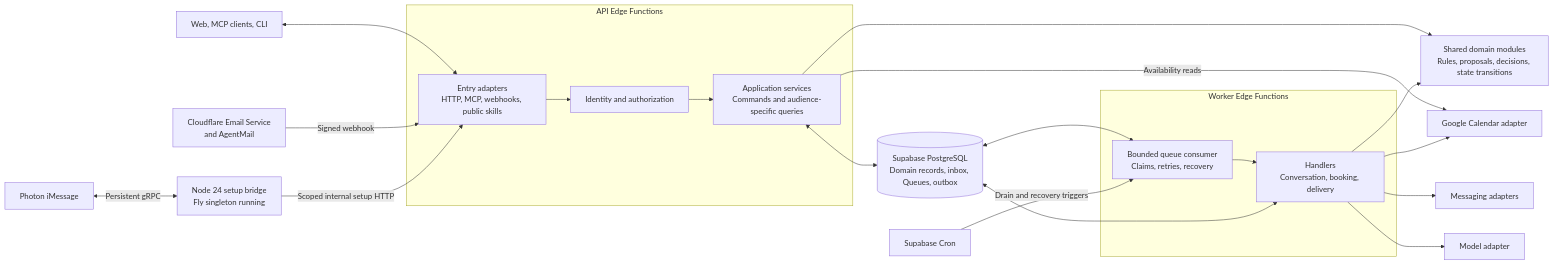
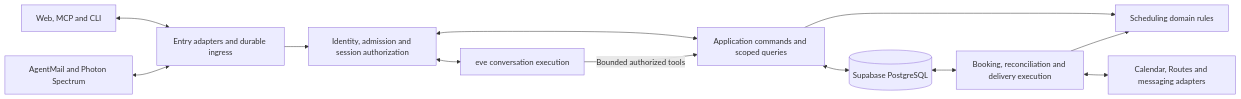
The first of 2 diagrams in documentations/technical_specification/01_backend_architecture.md (snuhcs-course/swpp-2026-project-team-01), drawn with Mermaid before and after one commit. The commit also changed other lines of this file and 237 other files, not shown here.

````diff
--- a/documentations/technical_specification/01_backend_architecture.md
+++ b/documentations/technical_specification/01_backend_architecture.md
@@ -15,39 +17,24 @@
 ```mermaid
 flowchart LR
-    U["Web, MCP clients, CLI"]
-    P["Cloudflare Email Service<br/>and AgentMail"]
-    PH["Photon iMessage"]
-    B["Node 24 setup bridge<br/>Fly singleton running"]
-    subgraph API[API Edge Functions]
-        E["Entry adapters<br/>HTTP, MCP, webhooks, public skills"]
-        A["Identity and authorization"]
-        S["Application services<br/>Commands and audience-specific queries"]
-    end
-    subgraph Worker[Worker Edge Functions]
-        J["Bounded queue consumer<br/>Claims, retries, recovery"]
-        H["Handlers<br/>Conversation, booking, delivery"]
-    end
-    D["Shared domain modules<br/>Rules, proposals, decisions, state transitions"]
-    DB[("Supabase PostgreSQL<br/>Domain records, inbox, Queues, outbox")]
-    CR[Supabase Cron]
-    G[Google Calendar adapter]
-    M[Messaging adapters]
-    L[Model adapter]
+    U[Web, MCP and CLI]
+    P[AgentMail and Photon Spectrum]
+    E[Entry adapters and durable ingress]
+    A[Identity, admission and session authorization]
+    R[eve conversation execution]
+    S[Application commands and scoped queries]
+    D[Scheduling domain rules]
+    DB[(Supabase PostgreSQL)]
+    J[Booking, reconciliation and delivery execution]
+    G[Calendar, Routes and messaging adapters]
     U <--> E
-    P -->|Signed webhook| E
-    PH <-->|Persistent gRPC| B
-    B -->|Scoped internal setup HTTP| E
+    P <--> E
     E --> A
-    A --> S
+    A <--> R
+    A <--> S
+    R -->|Bounded authorized tools| S
     S --> D
     S <--> DB
     DB <--> J
-    CR -->|Drain and recovery triggers| J
-    J --> H
-    H --> D
-    H <--> DB
-    S -->|Availability reads| G
-    H --> G
-    H --> M
-    H --> L
+    J --> D
+    J <--> G
 ```
````
